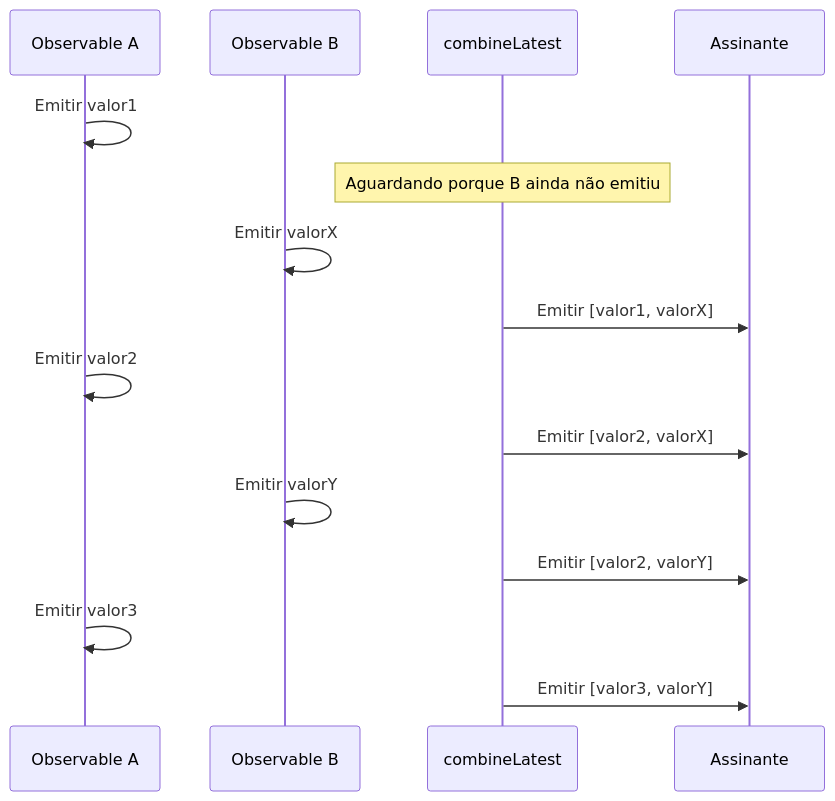
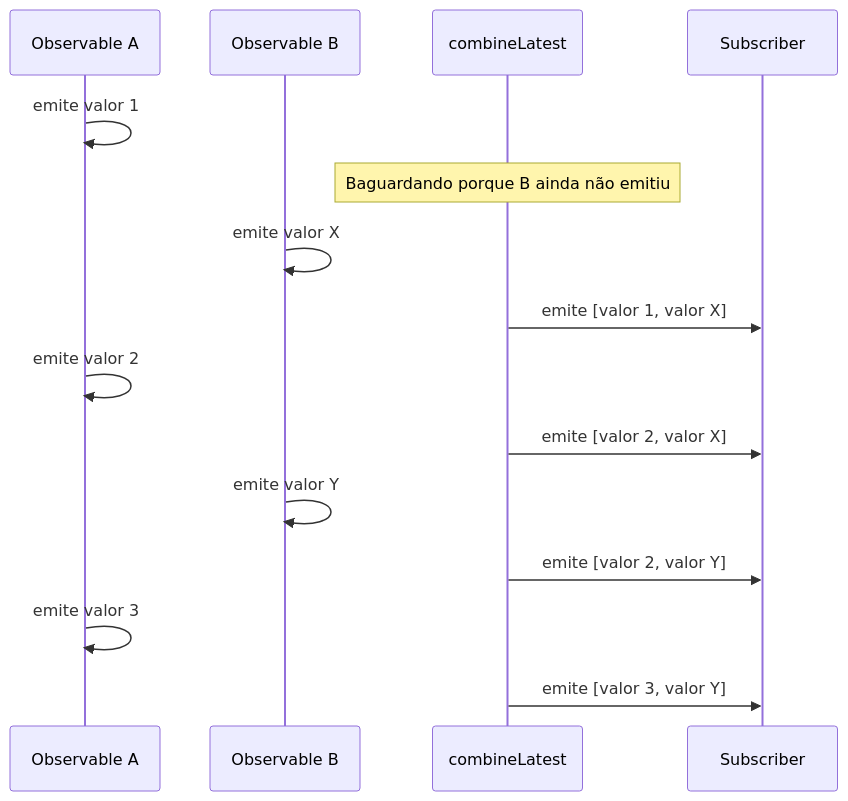
Before and after one commit to shuji-bonji/RxJS-with-TypeScript: the second of 4 diagrams in docs/pt/guide/creation-functions/combination/forkJoin-vs-combineLatest.md, drawn with Mermaid. The commit also changed other lines of this file and 6 other files, not shown here.

````diff
--- a/docs/pt/guide/creation-functions/combination/forkJoin-vs-combineLatest.md
+++ b/docs/pt/guide/creation-functions/combination/forkJoin-vs-combineLatest.md
@@ -56,18 +57,18 @@
 ```mermaid
 sequenceDiagram
     participant A as Observable A
     participant B as Observable B
     participant C as combineLatest
-    participant S as Assinante
+    participant S as Subscriber
 
-    A->>A: Emitir valor1
-    Note over C: Aguardando porque B ainda não emitiu
-    B->>B: Emitir valorX
-    C->>S: Emitir [valor1, valorX]
-    A->>A: Emitir valor2
-    C->>S: Emitir [valor2, valorX]
-    B->>B: Emitir valorY
-    C->>S: Emitir [valor2, valorY]
-    A->>A: Emitir valor3
-    C->>S: Emitir [valor3, valorY]
+    A->>A: emite valor 1
+    Note over C: Baguardando porque B ainda não emitiu
+    B->>B: emite valor X
+    C->>S: emite [valor 1, valor X]
+    A->>A: emite valor 2
+    C->>S: emite [valor 2, valor X]
+    B->>B: emite valor Y
+    C->>S: emite [valor 2, valor Y]
+    A->>A: emite valor 3
+    C->>S: emite [valor 3, valor Y]
 ```
````
